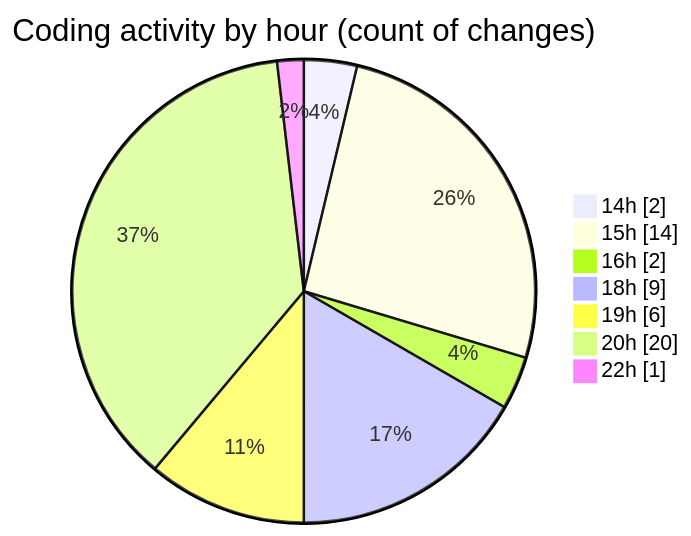
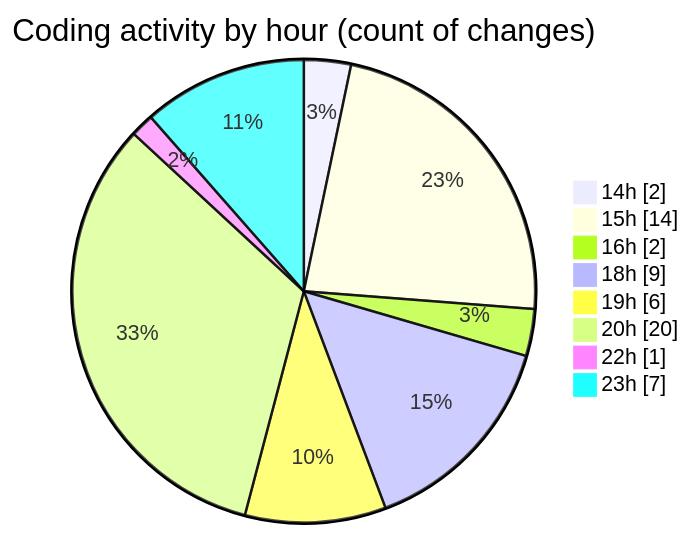
One commit to Netris89/code-tracking changed the second of 2 diagrams in 2025-03-21/back-end/README.md. Above: the diagram before and after it, drawn with Mermaid. The commit also changed other lines of this file and 1 other file, not shown here.

````diff
--- a/2025-03-21/back-end/README.md
+++ b/2025-03-21/back-end/README.md
@@ -31,11 +33,12 @@
 ```mermaid
 pie showData
 title Coding activity by hour (count of changes)
 "14h" : 2
 "15h" : 14
 "16h" : 2
 "18h" : 9
 "19h" : 6
 "20h" : 20
 "22h" : 1
+"23h" : 7
 ```
````
